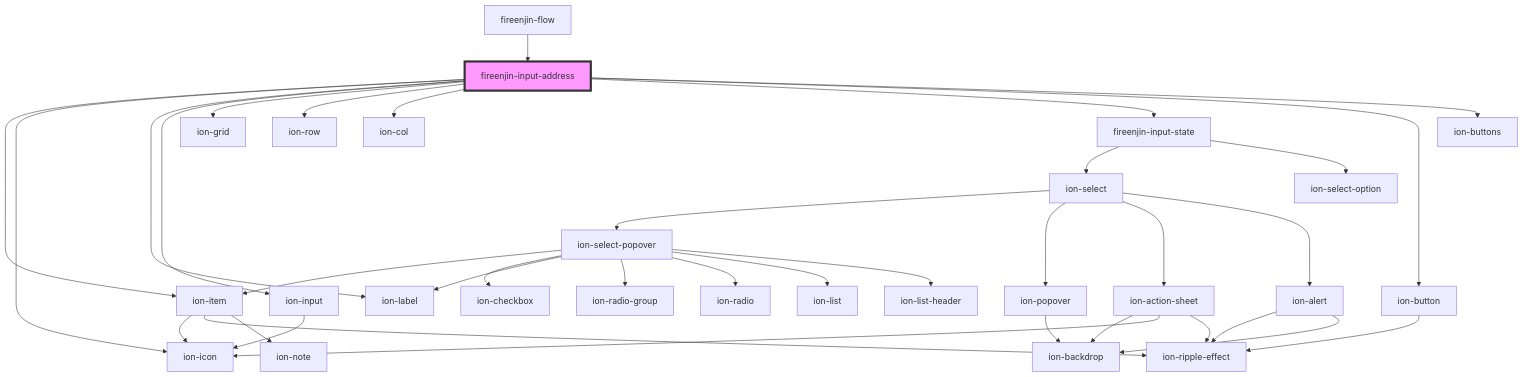
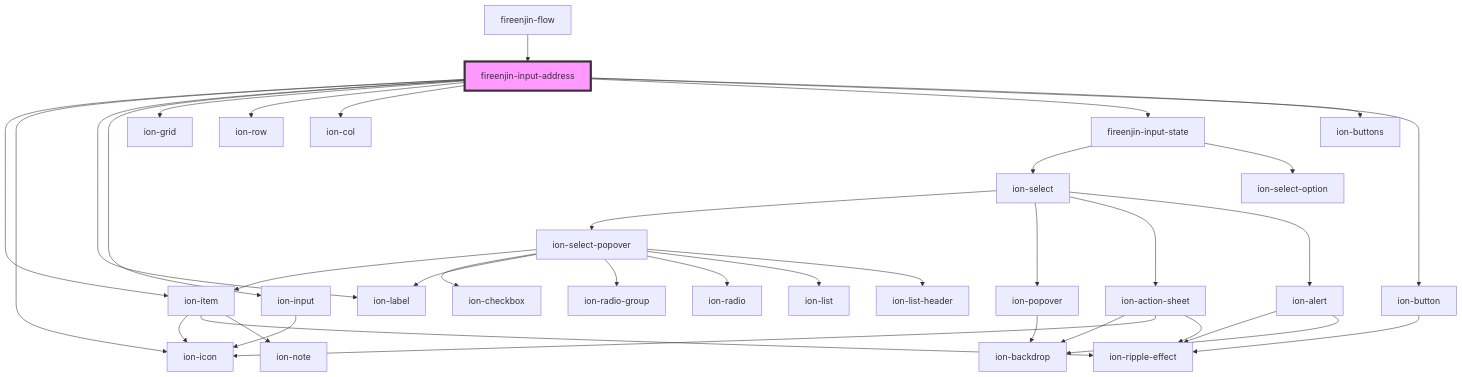
One commit to FireEnjin/Components changed the diagram in src/components/input-address/readme.md. Above: the diagram before and after it, drawn with Mermaid. The commit also changed other lines of this file and 3 other files, not shown here.

Commit message:
fix(input-address): Add prop to disable mode toggle and emit fireenjinTrigger when autocomplete is used

````diff
--- a/src/components/input-address/readme.md
+++ b/src/components/input-address/readme.md
@@ -51,39 +53,39 @@
 ```mermaid
 graph TD;
   fireenjin-input-address --> ion-item
   fireenjin-input-address --> ion-icon
   fireenjin-input-address --> ion-label
   fireenjin-input-address --> ion-input
   fireenjin-input-address --> ion-grid
   fireenjin-input-address --> ion-row
   fireenjin-input-address --> ion-col
   fireenjin-input-address --> fireenjin-input-state
+  fireenjin-input-address --> ion-buttons
   fireenjin-input-address --> ion-button
-  fireenjin-input-address --> ion-buttons
   ion-item --> ion-icon
   ion-item --> ion-ripple-effect
   ion-item --> ion-note
   ion-input --> ion-icon
   fireenjin-input-state --> ion-select
   fireenjin-input-state --> ion-select-option
   ion-select --> ion-select-popover
   ion-select --> ion-popover
   ion-select --> ion-action-sheet
   ion-select --> ion-alert
   ion-select-popover --> ion-item
   ion-select-popover --> ion-checkbox
   ion-select-popover --> ion-label
   ion-select-popover --> ion-radio-group
   ion-select-popover --> ion-radio
   ion-select-popover --> ion-list
   ion-select-popover --> ion-list-header
   ion-popover --> ion-backdrop
   ion-action-sheet --> ion-backdrop
   ion-action-sheet --> ion-icon
   ion-action-sheet --> ion-ripple-effect
   ion-alert --> ion-ripple-effect
   ion-alert --> ion-backdrop
   ion-button --> ion-ripple-effect
   fireenjin-flow --> fireenjin-input-address
   style fireenjin-input-address fill:#f9f,stroke:#333,stroke-width:4px
 ```
````
